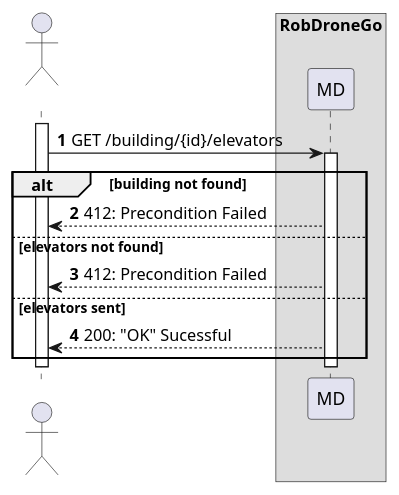
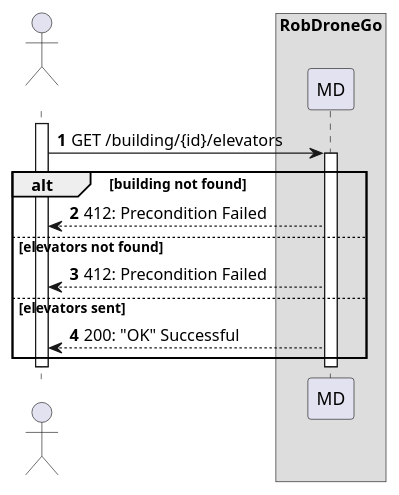
Before and after one commit to Departamento-de-Engenharia-Informatica/lapr5-23-24-g19: the diagram in docs/us290/level2/process-view.puml, drawn with PlantUML. The commit also changed 3 other files, not shown here.

```diff
--- a/docs/us290/level2/process-view.puml
+++ b/docs/us290/level2/process-view.puml
@@ -1,27 +1,27 @@
 @startuml
 autonumber
 
 actor " " as actor
 box "RobDroneGo"
 participant "MD" as mdr
 
 activate actor
 
 
 
         actor-> mdr: GET /building/{id}/elevators
         activate mdr
             alt building not found
                     mdr --> actor : 412: Precondition Failed
             else elevators not found
                 actor <-- mdr : 412: Precondition Failed
             else elevators sent
-                actor <-- mdr : 200: "OK" Sucessful
+                actor <-- mdr : 200: "OK" Successful
             end
             deactivate mdr
 
     deactivate mdr
 deactivate actor
 
 
 @enduml
```
